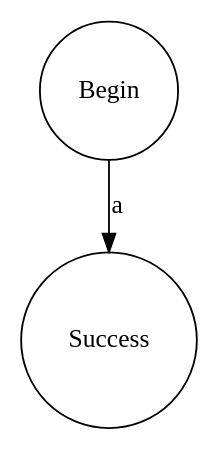
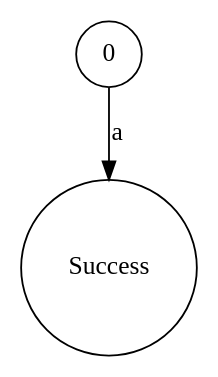
The diagram in MyRegEngine/bin/Debug/netcoreapp3.1/TestCase0.dot (ayanamists/MyRegEngine), drawn with Graphviz before and after one commit. The commit also changed 55 other files, not shown here.

```diff
--- a/MyRegEngine/bin/Debug/netcoreapp3.1/TestCase0.dot
+++ b/MyRegEngine/bin/Debug/netcoreapp3.1/TestCase0.dot
@@ -1,1 +1,1 @@
-digraph TestCase0 { 0 [shape=circle,label="Begin"]; 1 [shape=circle,label="Success"]; 0 -> 1[label="a"]; }
+digraph TestCase0 { 0 [shape=circle,label="0"]; 1 [shape=circle,label="Success"]; 0 -> 1[label="a"]; }
```
